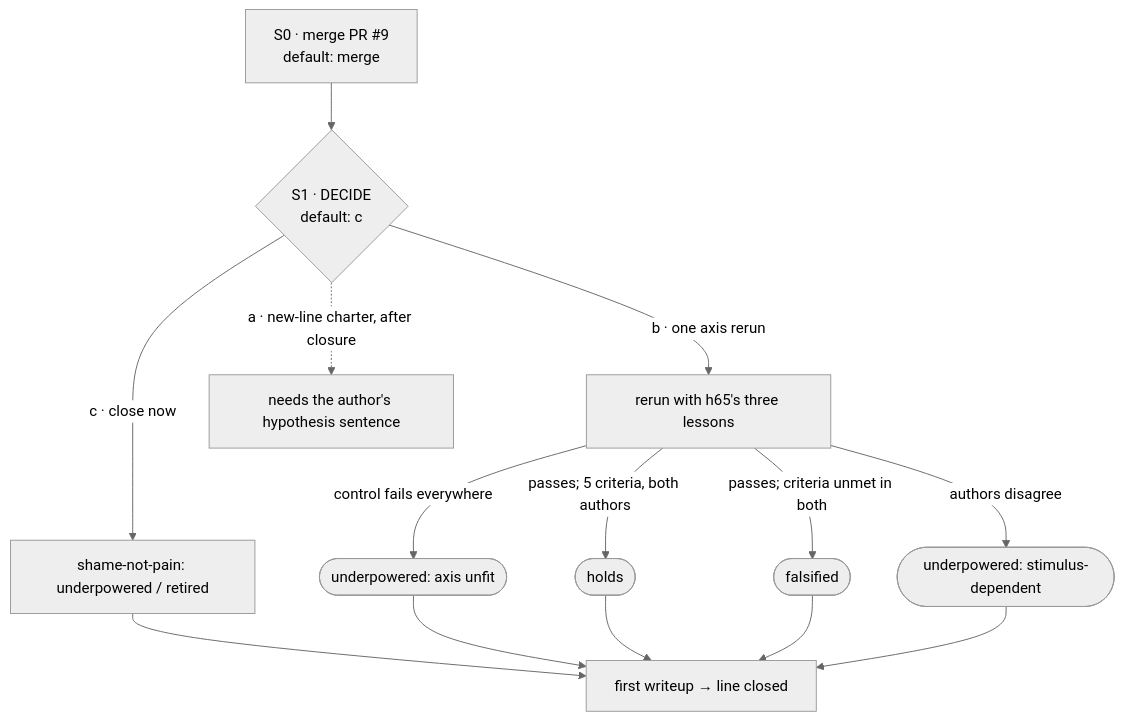
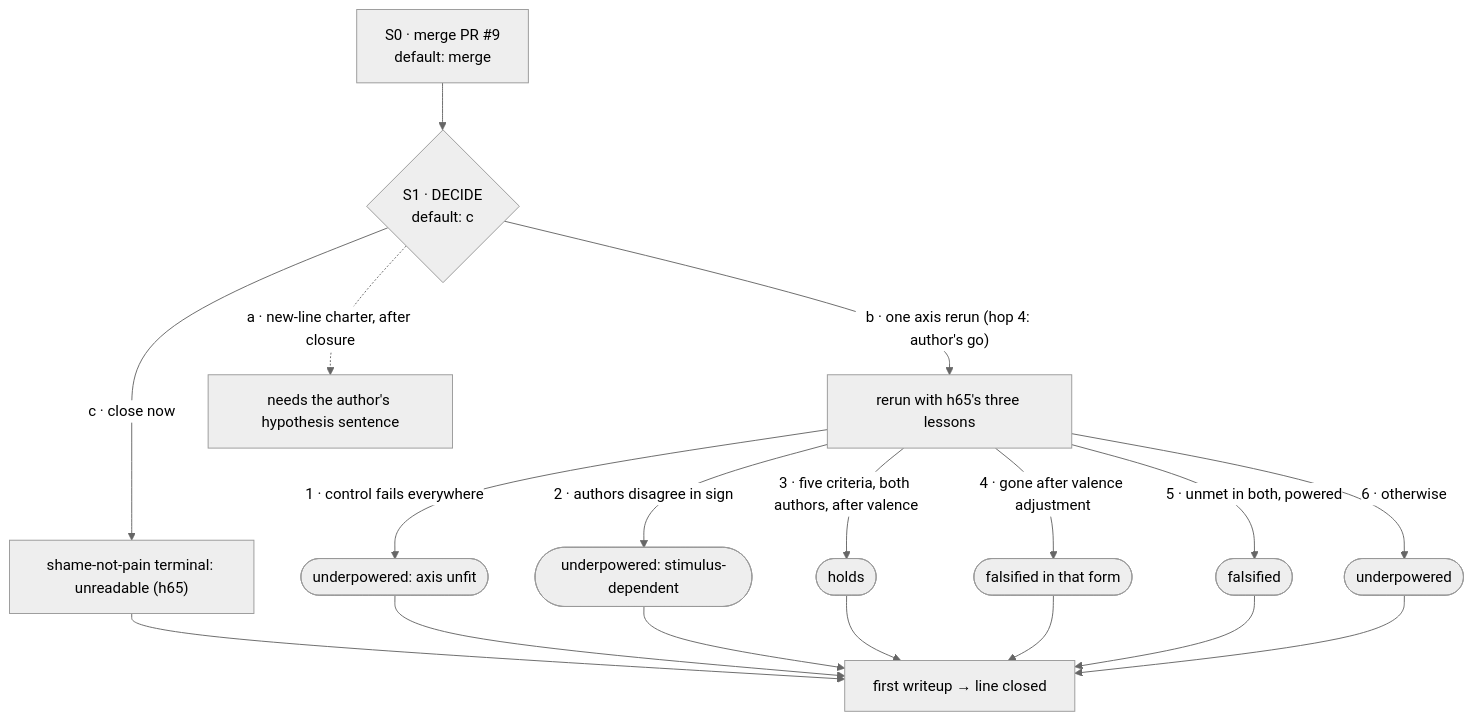
One commit to bombadil-labs/model-research changed the second of 2 diagrams in docs/PROGRAM_v2.md. Above: the diagram before and after it, drawn with Mermaid (neutral theme). The commit also changed other lines of this file and 6 other files, not shown here.

First line of the commit message:
Program v0.3: fix the verification pass's five blockers; close the review chain

````diff
--- a/docs/PROGRAM_v2.md
+++ b/docs/PROGRAM_v2.md
@@ -410,16 +431,20 @@
 ```mermaid
 flowchart TD
   S0["S0 · merge PR #9<br/>default: merge"] --> S1{"S1 · DECIDE<br/>default: c"}
-  S1 -->|"c · close now"| C["shame-not-pain: underpowered / retired"]
-  S1 -->|"b · one axis rerun"| RR["rerun with h65's three lessons"]
-  RR -->|"control fails everywhere"| U1(["underpowered: axis unfit"])
-  RR -->|"passes; 5 criteria, both authors"| H(["holds"])
-  RR -->|"passes; criteria unmet in both"| F(["falsified"])
-  RR -->|"authors disagree"| U2(["underpowered: stimulus-dependent"])
+  S1 -->|"c · close now"| C["shame-not-pain terminal: unreadable (h65)"]
+  S1 -->|"b · one axis rerun (hop 4: author's go)"| RR["rerun with h65's three lessons"]
+  RR -->|"1 · control fails everywhere"| U1(["underpowered: axis unfit"])
+  RR -->|"2 · authors disagree in sign"| U2(["underpowered: stimulus-dependent"])
+  RR -->|"3 · five criteria, both authors, after valence"| H(["holds"])
+  RR -->|"4 · gone after valence adjustment"| F1(["falsified in that form"])
+  RR -->|"5 · unmet in both, powered"| F2(["falsified"])
+  RR -->|"6 · otherwise"| U3(["underpowered"])
   S1 -.->|"a · new-line charter, after closure"| NEW["needs the author's hypothesis sentence"]
   C --> W["first writeup → line closed"]
   U1 --> W
+  U2 --> W
   H --> W
-  F --> W
-  U2 --> W
+  F1 --> W
+  F2 --> W
+  U3 --> W
 ```
````
